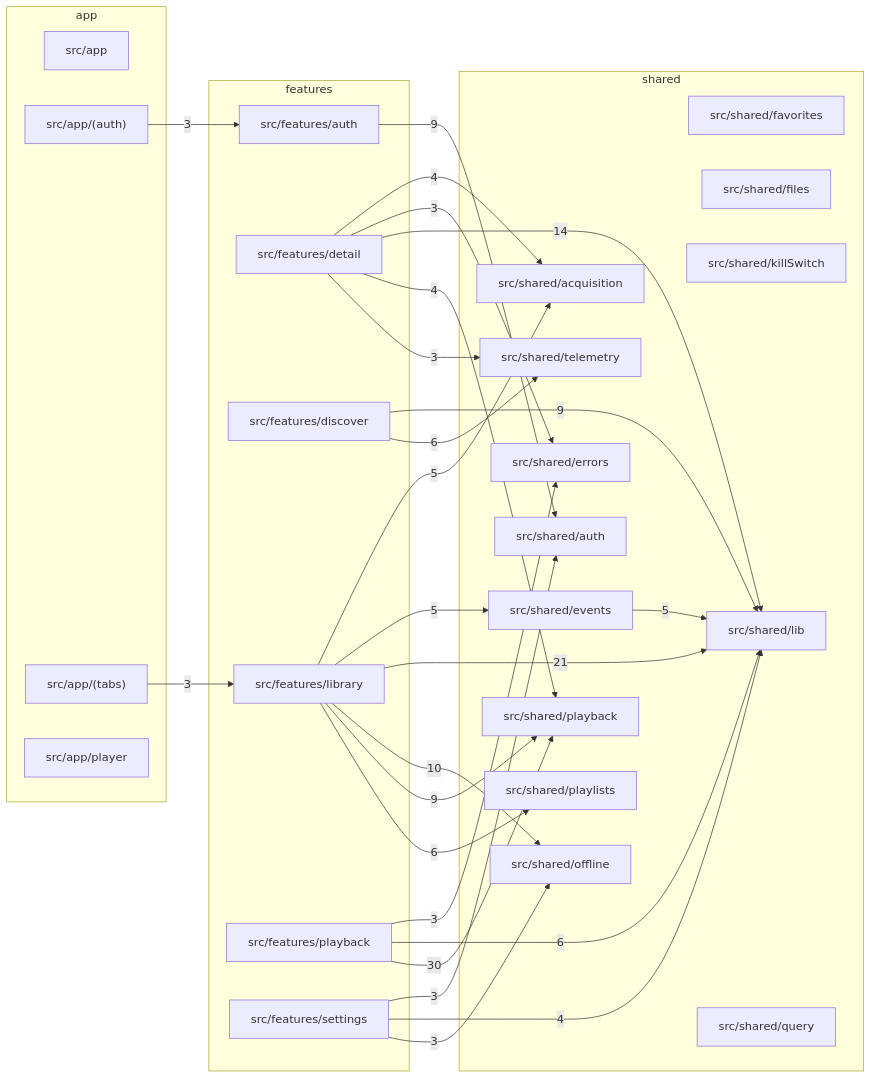
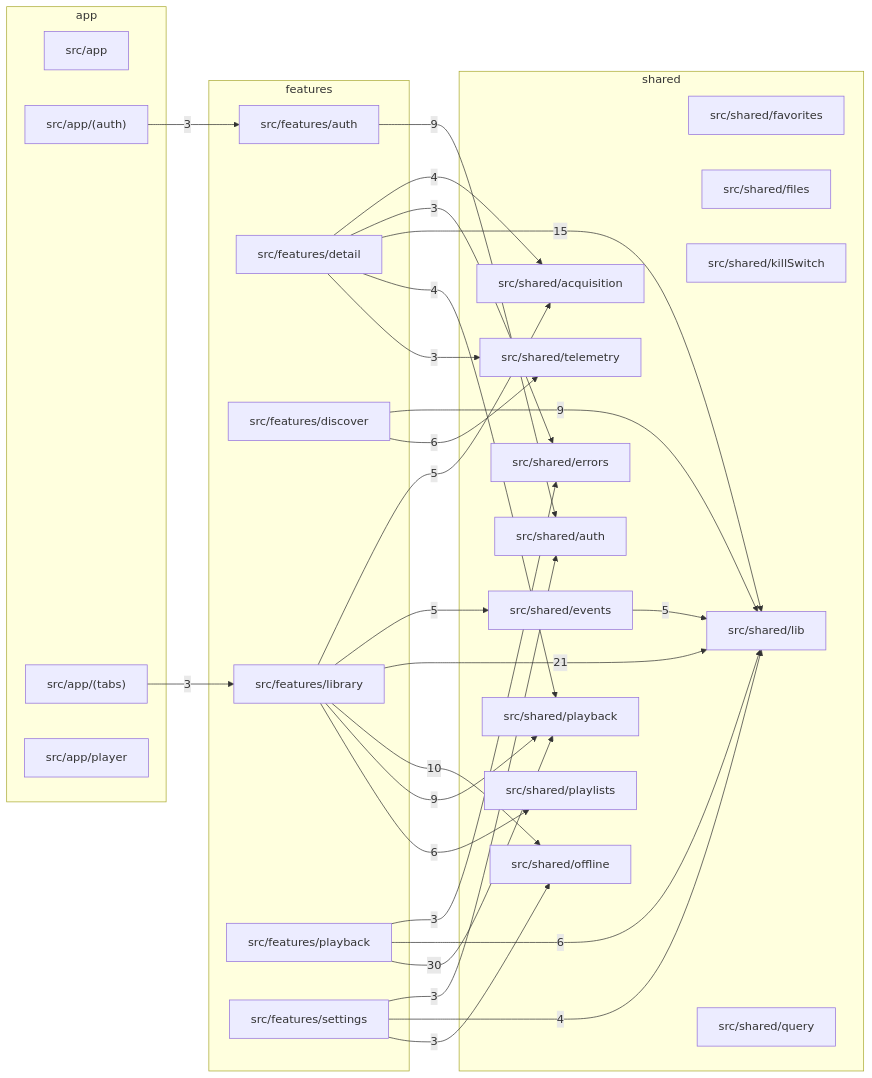
One commit to aleburrascano/altune changed the third of 3 diagrams in docs/architecture.md. Above: the diagram before and after it, drawn with Mermaid. The commit also changed 5 other files, not shown here.

First line of the commit message:
refactor(mobile): name album-tracks query key in detailKeys (#2512)

````diff
--- a/docs/architecture.md
+++ b/docs/architecture.md
@@ -68,55 +68,55 @@
 ```mermaid
 flowchart LR
   subgraph app
     apps_mobile_src_app["src/app"]
     apps_mobile_src_app__auth_["src/app/(auth)"]
     apps_mobile_src_app__tabs_["src/app/(tabs)"]
     apps_mobile_src_app_player["src/app/player"]
   end
   subgraph features
     apps_mobile_src_features_auth["src/features/auth"]
     apps_mobile_src_features_detail["src/features/detail"]
     apps_mobile_src_features_discover["src/features/discover"]
     apps_mobile_src_features_library["src/features/library"]
     apps_mobile_src_features_playback["src/features/playback"]
     apps_mobile_src_features_settings["src/features/settings"]
   end
   subgraph shared
     apps_mobile_src_shared_acquisition["src/shared/acquisition"]
     apps_mobile_src_shared_auth["src/shared/auth"]
     apps_mobile_src_shared_errors["src/shared/errors"]
     apps_mobile_src_shared_events["src/shared/events"]
     apps_mobile_src_shared_favorites["src/shared/favorites"]
     apps_mobile_src_shared_files["src/shared/files"]
     apps_mobile_src_shared_killSwitch["src/shared/killSwitch"]
     apps_mobile_src_shared_lib["src/shared/lib"]
     apps_mobile_src_shared_offline["src/shared/offline"]
     apps_mobile_src_shared_playback["src/shared/playback"]
     apps_mobile_src_shared_playlists["src/shared/playlists"]
     apps_mobile_src_shared_query["src/shared/query"]
     apps_mobile_src_shared_telemetry["src/shared/telemetry"]
   end
   apps_mobile_src_app__auth_ -->|3| apps_mobile_src_features_auth
   apps_mobile_src_app__tabs_ -->|3| apps_mobile_src_features_library
   apps_mobile_src_features_auth -->|9| apps_mobile_src_shared_auth
   apps_mobile_src_features_detail -->|4| apps_mobile_src_shared_acquisition
   apps_mobile_src_features_detail -->|3| apps_mobile_src_shared_errors
-  apps_mobile_src_features_detail -->|14| apps_mobile_src_shared_lib
+  apps_mobile_src_features_detail -->|15| apps_mobile_src_shared_lib
   apps_mobile_src_features_detail -->|4| apps_mobile_src_shared_playback
   apps_mobile_src_features_detail -->|3| apps_mobile_src_shared_telemetry
   apps_mobile_src_features_discover -->|9| apps_mobile_src_shared_lib
   apps_mobile_src_features_discover -->|6| apps_mobile_src_shared_telemetry
   apps_mobile_src_features_library -->|5| apps_mobile_src_shared_acquisition
   apps_mobile_src_features_library -->|5| apps_mobile_src_shared_events
   apps_mobile_src_features_library -->|21| apps_mobile_src_shared_lib
   apps_mobile_src_features_library -->|10| apps_mobile_src_shared_offline
   apps_mobile_src_features_library -->|9| apps_mobile_src_shared_playback
   apps_mobile_src_features_library -->|6| apps_mobile_src_shared_playlists
   apps_mobile_src_features_playback -->|3| apps_mobile_src_shared_errors
   apps_mobile_src_features_playback -->|6| apps_mobile_src_shared_lib
   apps_mobile_src_features_playback -->|30| apps_mobile_src_shared_playback
   apps_mobile_src_features_settings -->|3| apps_mobile_src_shared_auth
   apps_mobile_src_features_settings -->|4| apps_mobile_src_shared_lib
   apps_mobile_src_features_settings -->|3| apps_mobile_src_shared_offline
   apps_mobile_src_shared_events -->|5| apps_mobile_src_shared_lib
 ```
````
